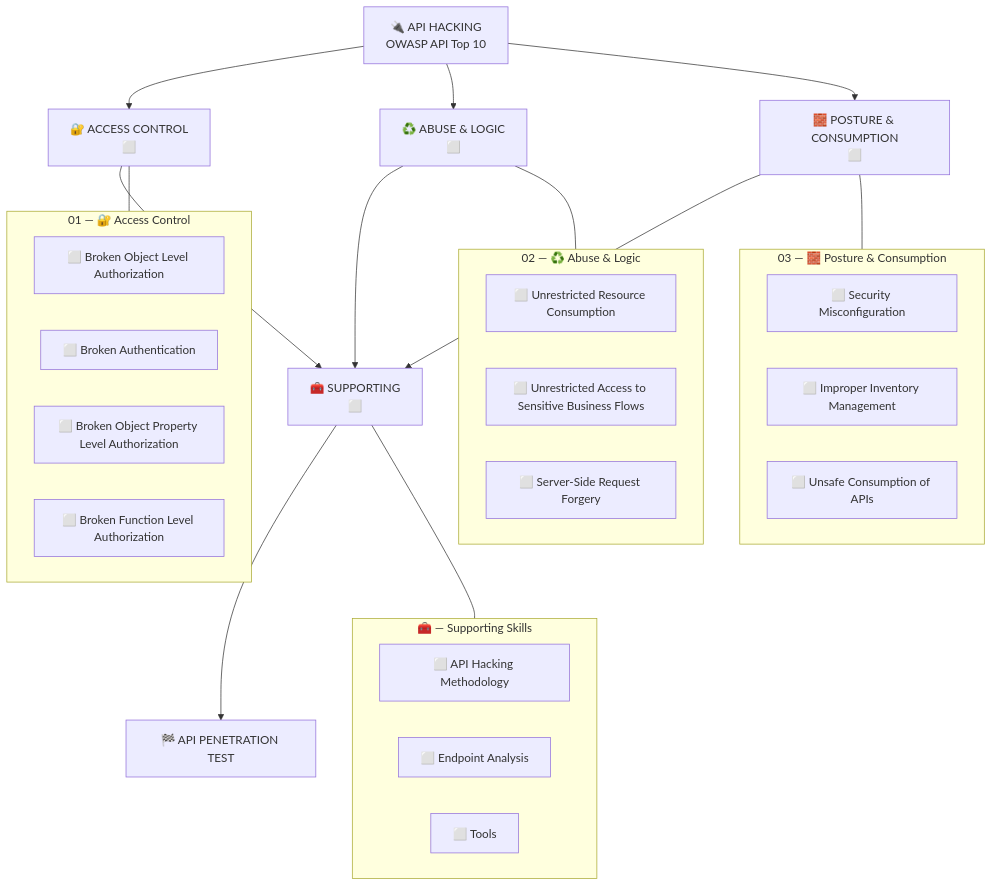
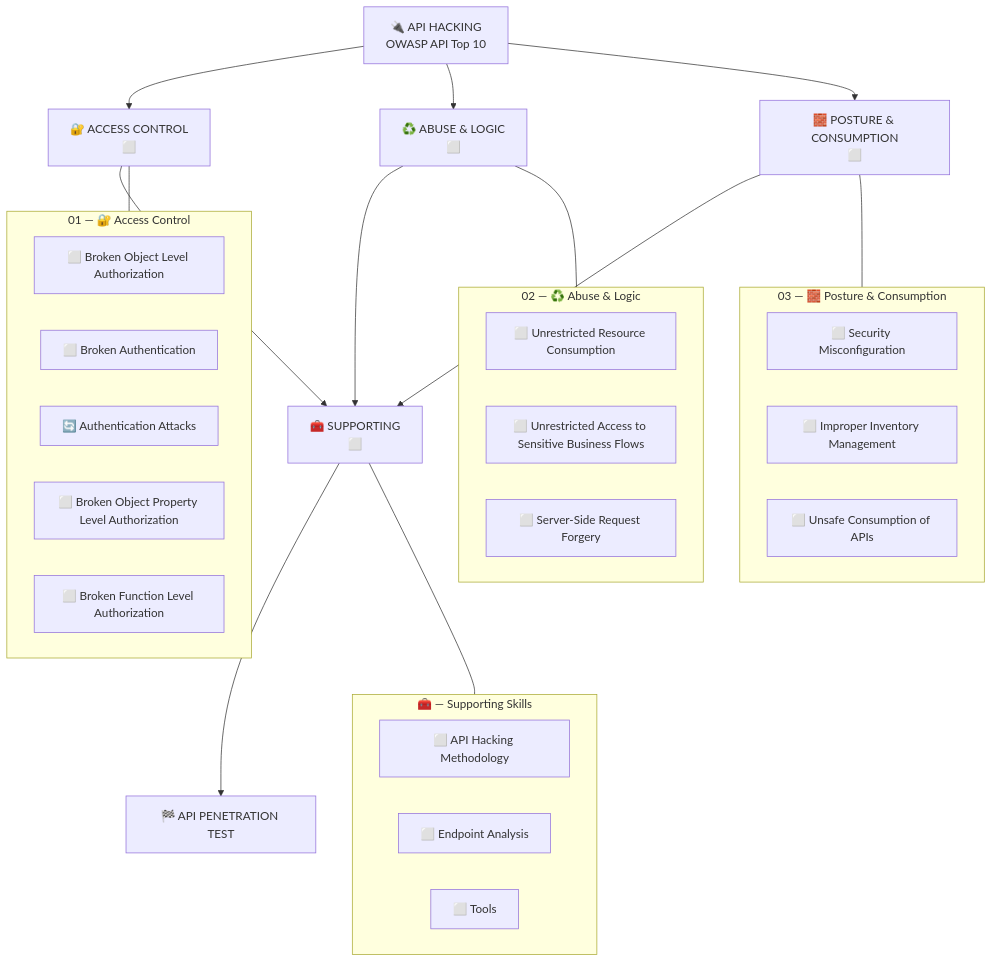
One commit to romeo-mhakayakora/API-Hacking changed the diagram in README.md. Above: the diagram before and after it, drawn with Mermaid. The commit also changed other lines of this file and 2 other files, not shown here.

Commit message:
Add Authentication Attacks module with credential attacks notes

````diff
--- a/README.md
+++ b/README.md
@@ -15,53 +15,55 @@
 ```mermaid
 flowchart TB
     API["🔌 API HACKING<br/>OWASP API Top 10"]
     D1["🔐 ACCESS CONTROL<br/>⬜"]
     D2["♻️ ABUSE & LOGIC<br/>⬜"]
     D3["🧱 POSTURE & CONSUMPTION<br/>⬜"]
     SUP["🧰 SUPPORTING<br/>⬜"]
     PENT["🏁 API PENETRATION TEST"]
 
     API --> D1 & D2 & D3
     D1 & D2 & D3 --> SUP --> PENT
 
     subgraph 01_ACCESS_CONTROL ["01 — 🔐 Access Control"]
         BOLA["⬜ Broken Object Level Authorization"]
         AUTH["⬜ Broken Authentication"]
+        CRED["🔄 Authentication Attacks"]
         BOPLA["⬜ Broken Object Property Level Authorization"]
         BFLA["⬜ Broken Function Level Authorization"]
     end
     subgraph 02_ABUSE_LOGIC ["02 — ♻️ Abuse & Logic"]
         RES["⬜ Unrestricted Resource Consumption"]
         FLOW["⬜ Unrestricted Access to Sensitive Business Flows"]
         SSRF["⬜ Server-Side Request Forgery"]
     end
     subgraph 03_POSTURE_CONSUMPTION ["03 — 🧱 Posture & Consumption"]
         MIS["⬜ Security Misconfiguration"]
         INV["⬜ Improper Inventory Management"]
         CON["⬜ Unsafe Consumption of APIs"]
     end
     subgraph SUPPORTING ["🧰 — Supporting Skills"]
         MET["⬜ API Hacking Methodology"]
         EPA["⬜ Endpoint Analysis"]
         TLS["⬜ Tools"]
     end
 
     D1 --- 01_ACCESS_CONTROL
     D2 --- 02_ABUSE_LOGIC
     D3 --- 03_POSTURE_CONSUMPTION
     SUP --- SUPPORTING
 
     click BOLA href "./01-access-control/bola.md"
     click AUTH href "./01-access-control/broken-authentication.md"
+    click CRED href "./01-access-control/authentication-attacks.md"
     click BOPLA href "./01-access-control/bopla.md"
     click BFLA href "./01-access-control/bfla.md"
     click RES href "./02-abuse-logic/unrestricted-resource-consumption.md"
     click FLOW href "./02-abuse-logic/unrestricted-business-flow.md"
     click SSRF href "./02-abuse-logic/ssrf.md"
     click MIS href "./03-posture-consumption/security-misconfiguration.md"
     click INV href "./03-posture-consumption/improper-inventory-management.md"
     click CON href "./03-posture-consumption/unsafe-api-consumption.md"
     click MET href "./supporting/01-api-methodology.md"
     click EPA href "./supporting/02-api-endpoint-analysis.md"
     click TLS href "./supporting/03-tools.md"
 ```
````
